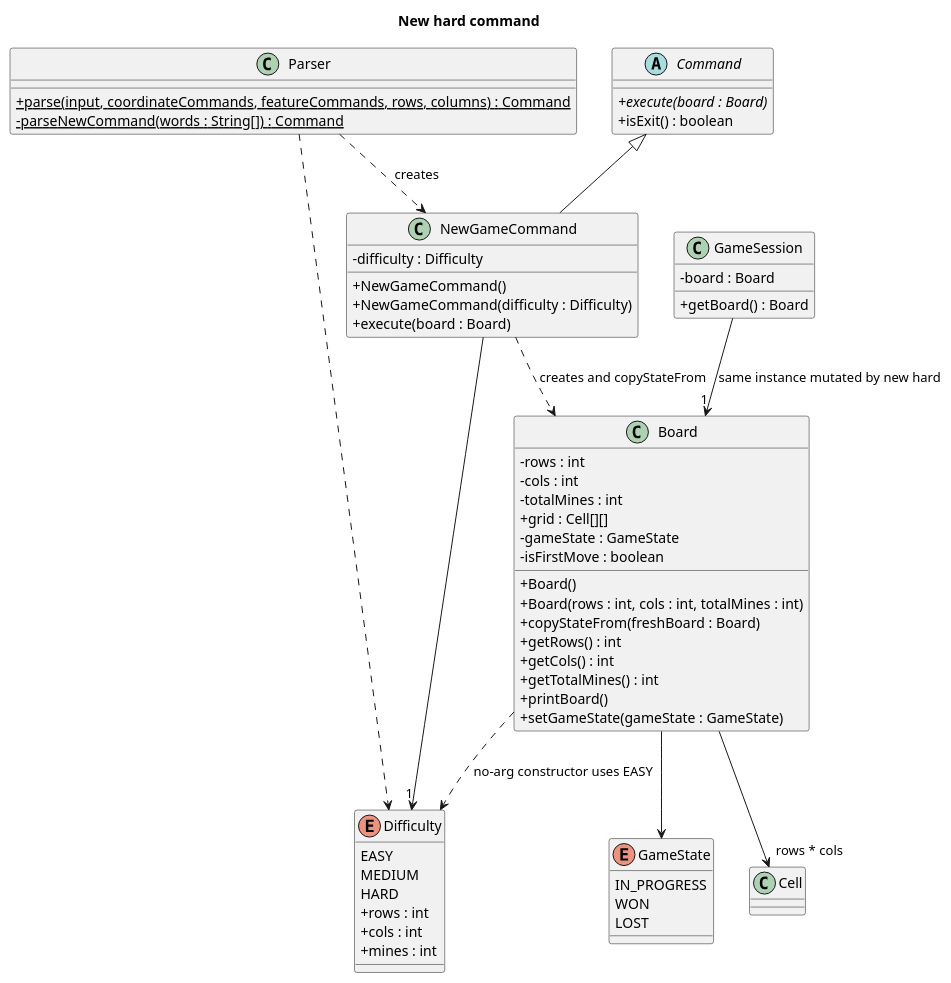
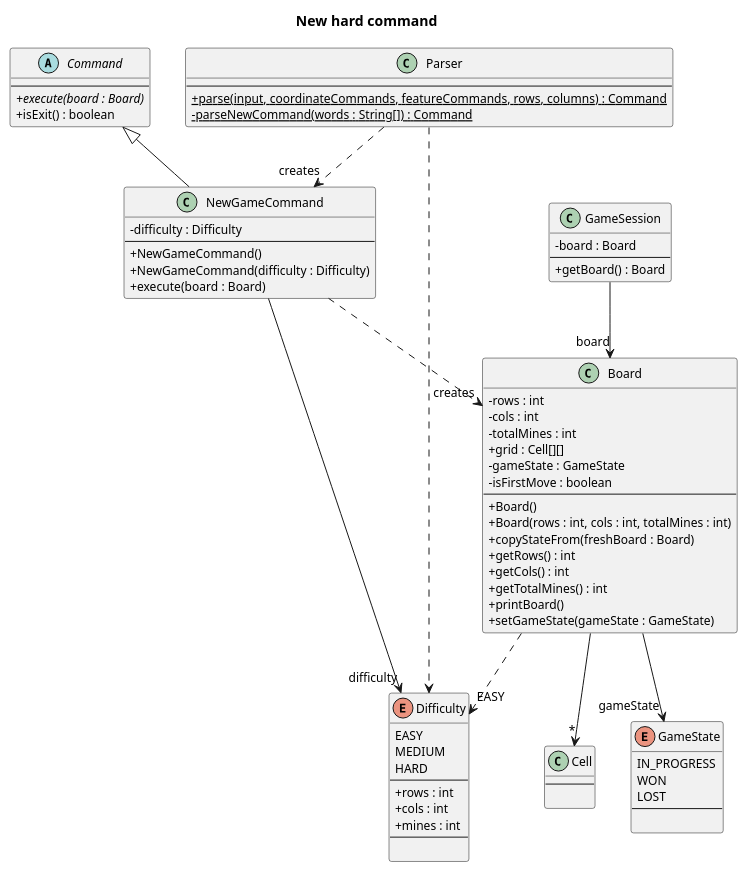
One commit to AY2627S1-CS2113-W10-4/tp changed the diagram in docs/diagrams/new-hard-class-diagram.puml. Above: the diagram before and after it, drawn with PlantUML. The commit also changed 6 other files, not shown here.

First line of the commit message:
Fix DG UML notation and broken image renders

```diff
--- a/docs/diagrams/new-hard-class-diagram.puml
+++ b/docs/diagrams/new-hard-class-diagram.puml
@@ -1,70 +1,87 @@
 @startuml new-hard-class-diagram
+skinparam shadowing false
 skinparam classAttributeIconSize 0
-skinparam shadowing false
+skinparam defaultFontName Arial
+skinparam defaultFontSize 12
+skinparam sequenceParticipant underline false
 title New hard command
 
 enum Difficulty {
     EASY
     MEDIUM
     HARD
+    --
     + rows : int
     + cols : int
     + mines : int
+    --
+    {method}
 }
 
 abstract class Command {
+    --
     + {abstract} execute(board : Board)
     + isExit() : boolean
 }
 
 class NewGameCommand {
     - difficulty : Difficulty
+    --
     + NewGameCommand()
     + NewGameCommand(difficulty : Difficulty)
     + execute(board : Board)
 }
 
 class Parser {
+    --
     + {static} parse(input, coordinateCommands, featureCommands, rows, columns) : Command
     - {static} parseNewCommand(words : String[]) : Command
 }
 
 class Board {
     - rows : int
     - cols : int
     - totalMines : int
     + grid : Cell[][]
     - gameState : GameState
     - isFirstMove : boolean
+    --
     + Board()
     + Board(rows : int, cols : int, totalMines : int)
     + copyStateFrom(freshBoard : Board)
     + getRows() : int
     + getCols() : int
     + getTotalMines() : int
     + printBoard()
     + setGameState(gameState : GameState)
 }
 
 class GameSession {
     - board : Board
+    --
     + getBoard() : Board
 }
 
-class Cell
+class Cell {
+    --
+    {method}
+}
+
 enum GameState {
     IN_PROGRESS
     WON
     LOST
+    --
+    {method}
 }
 
 NewGameCommand -up-|> Command
-NewGameCommand --> "1" Difficulty
-NewGameCommand ..> Board : creates and copyStateFrom
-Parser ..> NewGameCommand : creates
+NewGameCommand --> "difficulty" Difficulty
+NewGameCommand ..> "creates" Board
+Parser ..> "creates" NewGameCommand
 Parser ..> Difficulty
-Board --> "rows * cols" Cell
-Board --> GameState
-Board ..> Difficulty : no-arg constructor uses EASY
-GameSession --> "1" Board : same instance mutated by new hard
+Board --> "*" Cell
+Board --> "gameState" GameState
+Board ..> "EASY" Difficulty
+GameSession --> "board" Board
 @enduml
```
